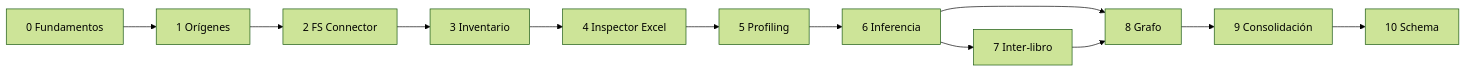
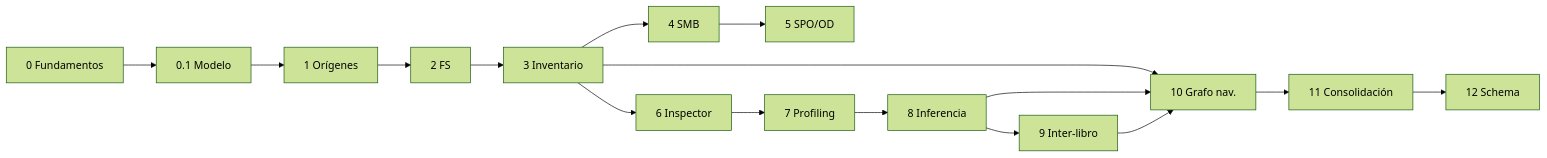
One commit to txemazapater/exceler changed the diagram in docs/roadmap.md. Above: the diagram before and after it, drawn with Mermaid (forest theme). The commit also changed other lines of this file and 9 other files, not shown here.

````diff
--- a/docs/roadmap.md
+++ b/docs/roadmap.md
@@ -121,14 +155,18 @@
 ```mermaid
 flowchart LR
-  F0[0 Fundamentos] --> F1[1 Orígenes]
-  F1 --> F2[2 FS Connector]
+  F0[0 Fundamentos] --> F01[0.1 Modelo]
+  F01 --> F1[1 Orígenes]
+  F1 --> F2[2 FS]
   F2 --> F3[3 Inventario]
-  F3 --> F4[4 Inspector Excel]
-  F4 --> F5[5 Profiling]
-  F5 --> F6[6 Inferencia]
-  F6 --> F7[7 Inter-libro]
-  F6 --> F8[8 Grafo]
-  F7 --> F8
-  F8 --> F9[9 Consolidación]
-  F9 --> F10[10 Schema]
+  F3 --> F4[4 SMB]
+  F3 --> F6[6 Inspector]
+  F4 --> F5[5 SPO/OD]
+  F6 --> F7[7 Profiling]
+  F7 --> F8[8 Inferencia]
+  F8 --> F9[9 Inter-libro]
+  F3 --> F10[10 Grafo nav.]
+  F8 --> F10
+  F9 --> F10
+  F10 --> F11[11 Consolidación]
+  F11 --> F12[12 Schema]
 ```
````
